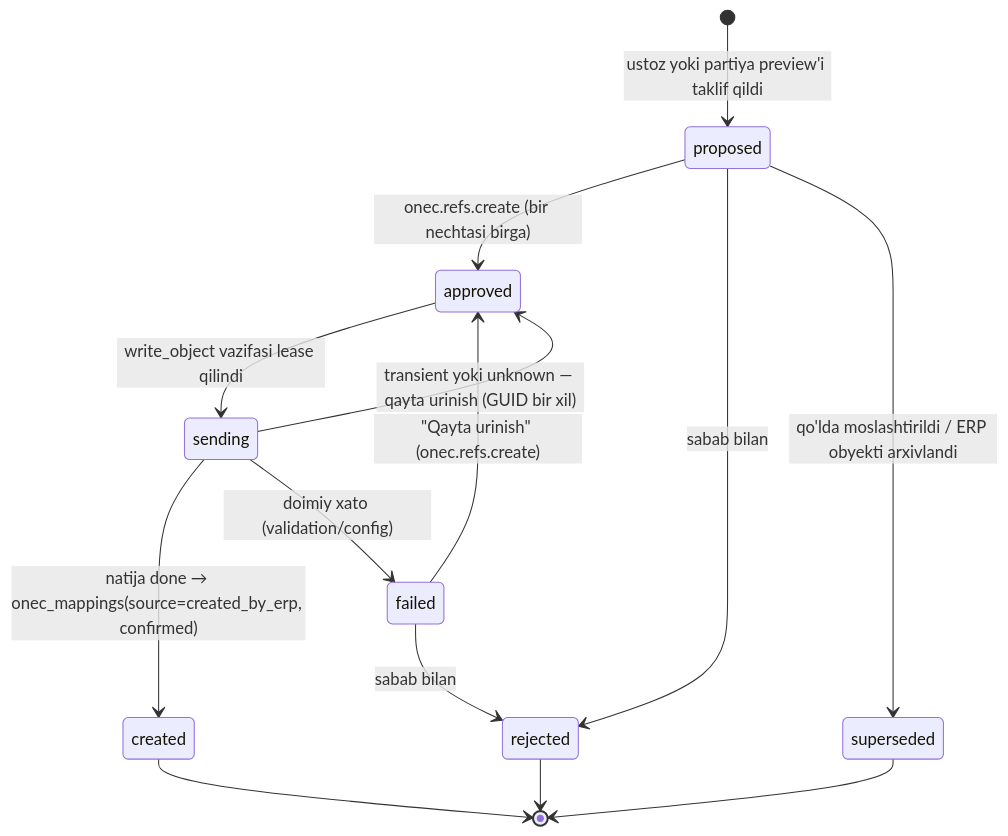
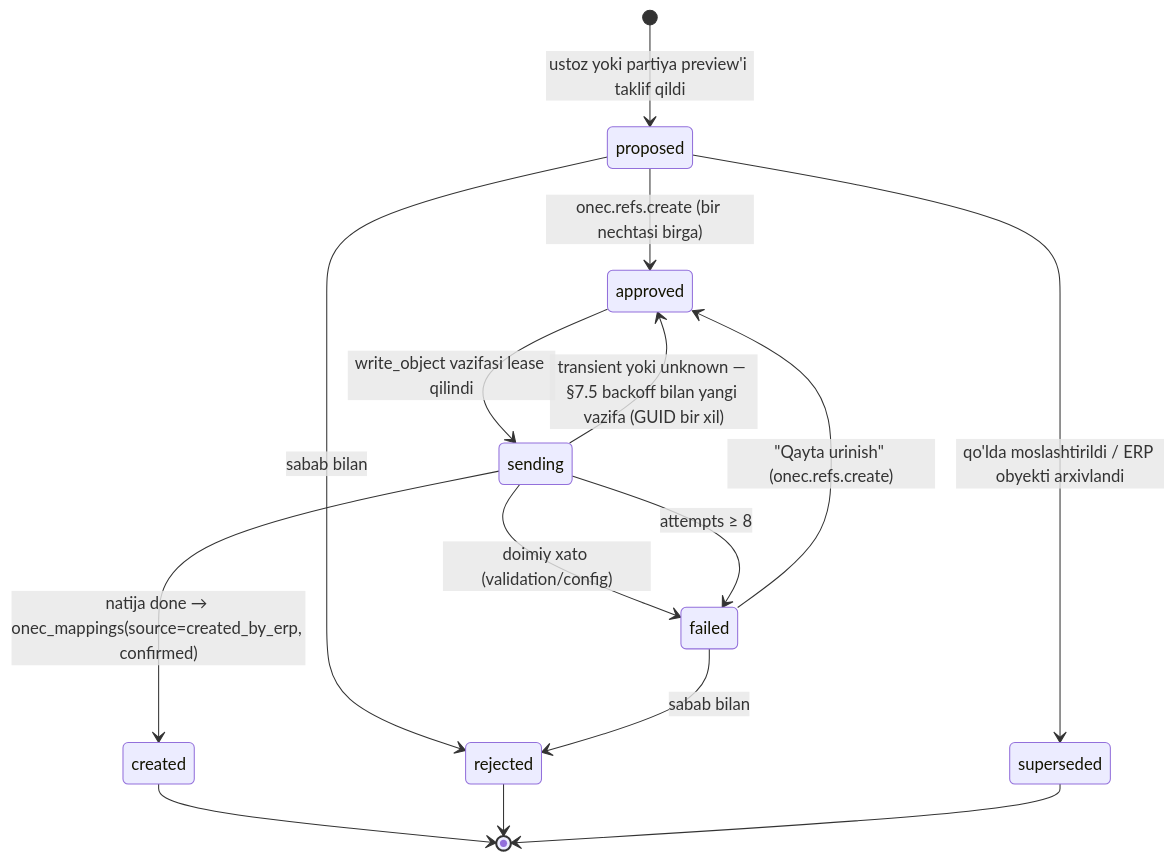
Before and after one commit to hasanoff507/erp: the fourth of 7 diagrams in spec/kod-uchun/33-1c-integratsiya.md, drawn with Mermaid. The commit also changed other lines of this file and 47 other files, not shown here.

````diff
--- a/spec/kod-uchun/33-1c-integratsiya.md
+++ b/spec/kod-uchun/33-1c-integratsiya.md
@@ -755,16 +759,17 @@
 ```mermaid
 stateDiagram-v2
     [*] --> proposed: ustoz yoki partiya preview'i taklif qildi
     proposed --> approved: onec.refs.create (bir nechtasi birga)
     proposed --> rejected: sabab bilan
     proposed --> superseded: qo'lda moslashtirildi / ERP obyekti arxivlandi
     approved --> sending: write_object vazifasi lease qilindi
     sending --> created: natija done → onec_mappings(source=created_by_erp, confirmed)
     sending --> failed: doimiy xato (validation/config)
-    sending --> approved: transient yoki unknown — qayta urinish (GUID bir xil)
+    sending --> approved: transient yoki unknown — §7.5 backoff bilan yangi vazifa (GUID bir xil)
+    sending --> failed: attempts ≥ 8
     failed --> approved: "Qayta urinish" (onec.refs.create)
     failed --> rejected: sabab bilan
     created --> [*]
     rejected --> [*]
     superseded --> [*]
 ```
````
